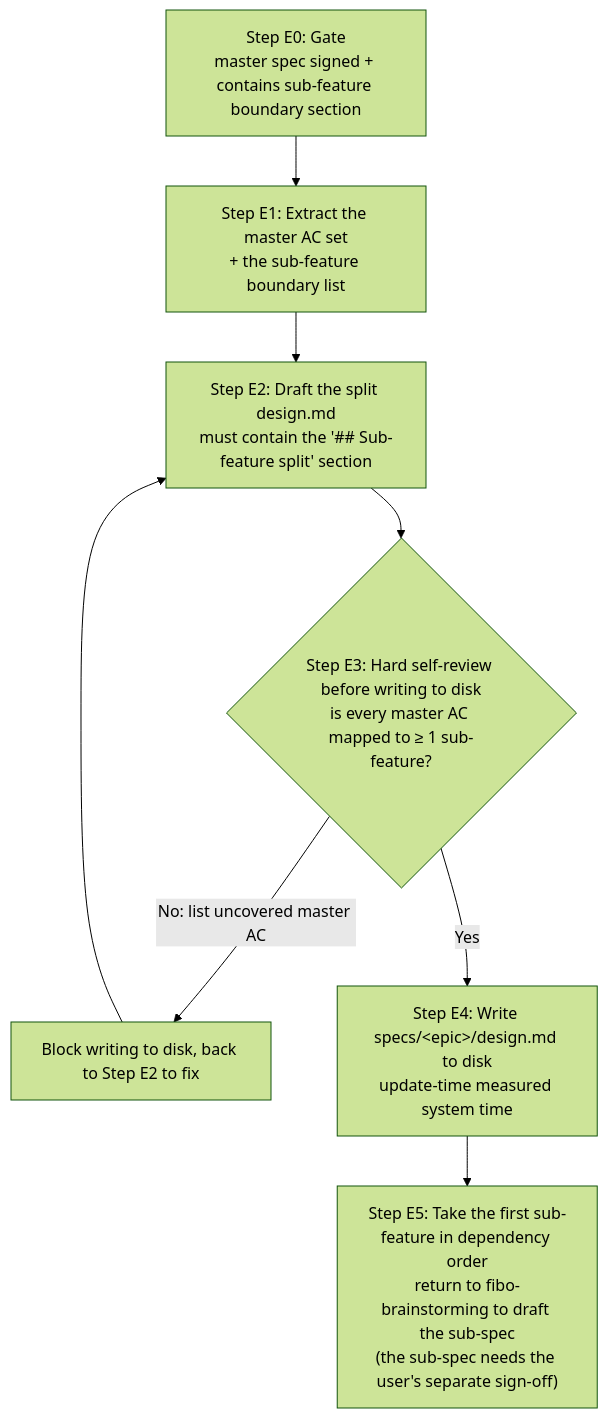
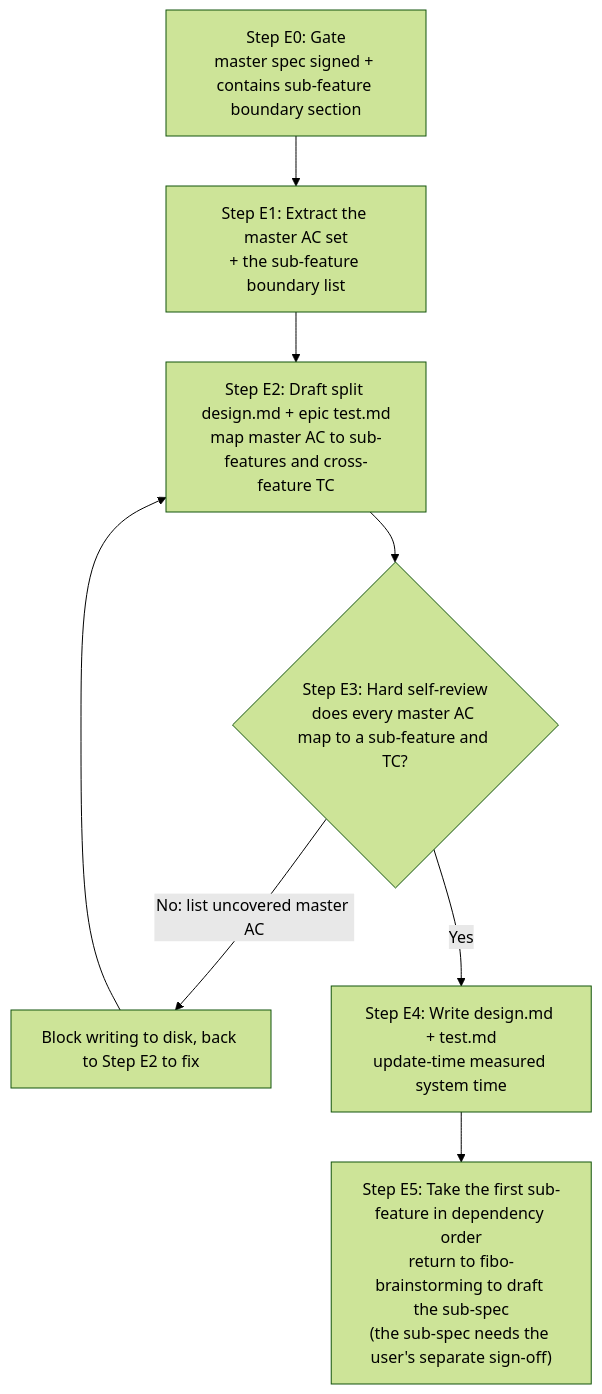
One commit to Alenkz12/FiboSkills changed the fourth of 5 diagrams in fibo-writing-plan/SKILL.md. Above: the diagram before and after it, drawn with Mermaid (forest theme). The commit also changed other lines of this file and 96 other files, not shown here.

````diff
--- a/fibo-writing-plan/SKILL.md
+++ b/fibo-writing-plan/SKILL.md
@@ -198,10 +228,10 @@
 ```mermaid
 flowchart TD
   epic_gate_001["Step E0: Gate<br/>master spec signed + contains sub-feature boundary section"] --> epic_read_002["Step E1: Extract the master AC set<br/>+ the sub-feature boundary list"]
-  epic_read_002 --> epic_draft_003["Step E2: Draft the split design.md<br/>must contain the '## Sub-feature split' section"]
-  epic_draft_003 --> epic_check_004{"Step E3: Hard self-review before writing to disk<br/>is every master AC mapped to ≥ 1 sub-feature?"}
+  epic_read_002 --> epic_draft_003["Step E2: Draft split design.md + epic test.md<br/>map master AC to sub-features and cross-feature TC"]
+  epic_draft_003 --> epic_check_004{"Step E3: Hard self-review<br/>does every master AC map to a sub-feature and TC?"}
   epic_check_004 -->|"No: list uncovered master AC"| epic_fix_005["Block writing to disk, back to Step E2 to fix"]
   epic_fix_005 --> epic_draft_003
-  epic_check_004 -->|Yes| epic_write_006["Step E4: Write specs/&lt;epic&gt;/design.md to disk<br/>update-time measured system time"]
+  epic_check_004 -->|Yes| epic_write_006["Step E4: Write design.md + test.md<br/>update-time measured system time"]
   epic_write_006 --> epic_next_007["Step E5: Take the first sub-feature in dependency order<br/>return to fibo-brainstorming to draft the sub-spec<br/>(the sub-spec needs the user's separate sign-off)"]
 ```
````
